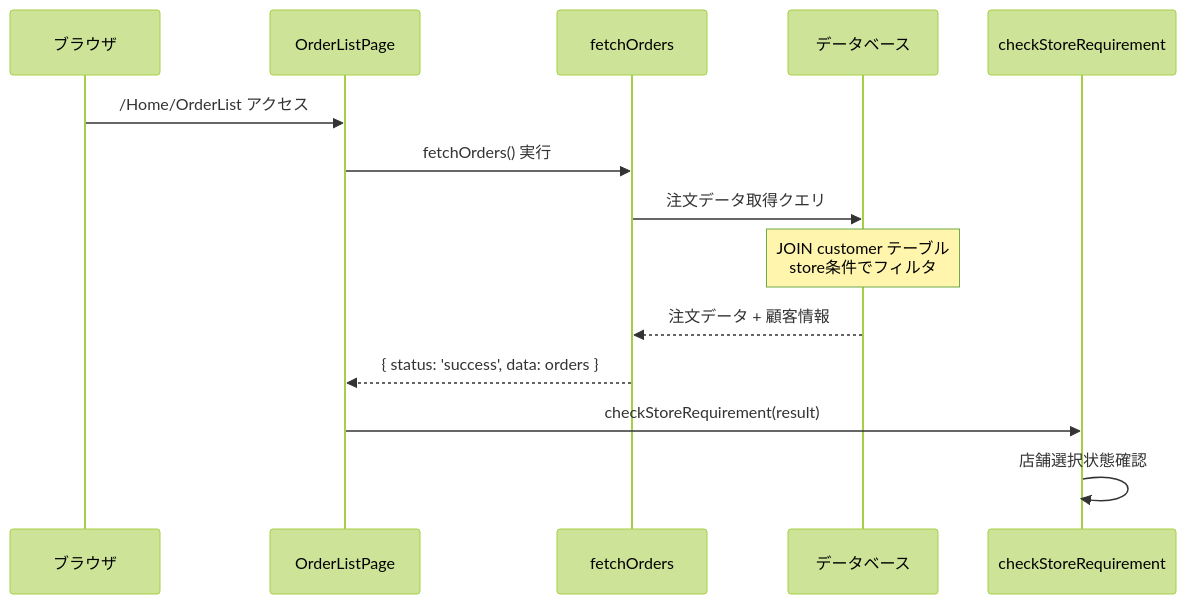
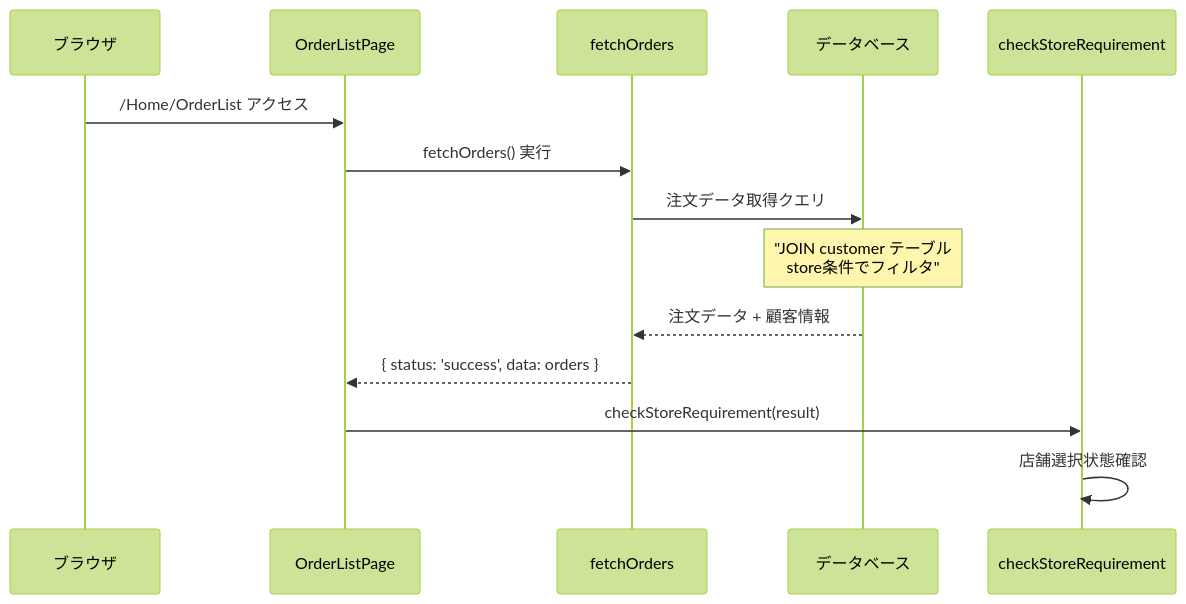
One commit to wasabi49/ocs-systemDevelopmentExercises changed the first of 10 diagrams in document/pages/sequence/OrderList.md. Above: the diagram before and after it, drawn with Mermaid (forest theme). The commit also changed other lines of this file and 42 other files, not shown here.

First line of the commit message:
fix: mermaidシーケンス図のNote over文でダブルクォーテーション不足を修正

````diff
--- a/document/pages/sequence/OrderList.md
+++ b/document/pages/sequence/OrderList.md
@@ -8,19 +8,19 @@
 ```mermaid
 sequenceDiagram
     participant Browser as ブラウザ
     participant Page as OrderListPage
     participant Actions as fetchOrders
     participant Database as データベース
     participant StoreCheck as checkStoreRequirement
 
     Browser->>Page: /Home/OrderList アクセス
     Page->>Actions: fetchOrders() 実行
     Actions->>Database: 注文データ取得クエリ
-    Note over Database: JOIN customer テーブル<br/>store条件でフィルタ
+    Note over Database: "JOIN customer テーブル<br/>store条件でフィルタ"
     
     Database-->>Actions: 注文データ + 顧客情報
     Actions-->>Page: { status: 'success', data: orders }
     
     Page->>StoreCheck: checkStoreRequirement(result)
     StoreCheck->>StoreCheck: 店舗選択状態確認
 ```
````
